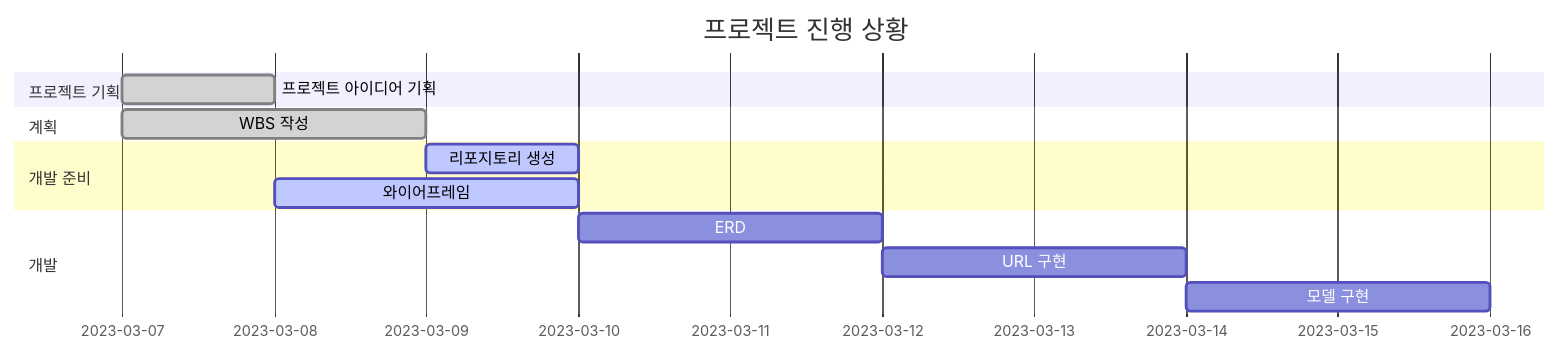
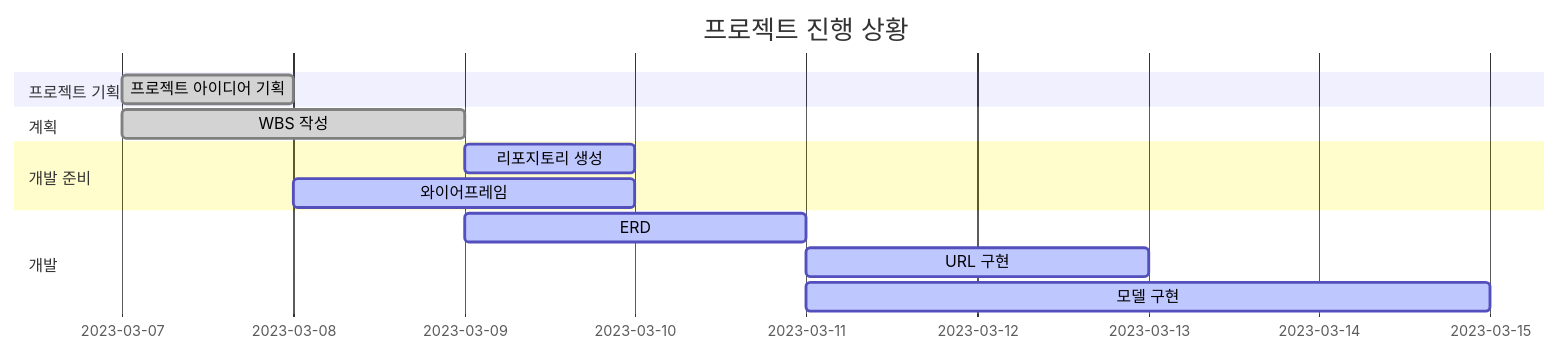
Before and after one commit to YooJi3un/Booklog: the diagram in README.md, drawn with Mermaid.

````diff
--- a/README.md
+++ b/README.md
@@ -23,21 +23,21 @@
 ```mermaid
 gantt
     dateFormat  YYYY-MM-DD
     title 프로젝트 진행 상황
 
     section 프로젝트 기획
     프로젝트 아이디어 기획    :done,    des1, 2023-03-07, 1d
     
     section 계획
     WBS 작성   :done,    des2, 2023-03-07, 2d
     
     section 개발 준비
     리포지토리 생성 :active,  des3, 2023-03-09, 1d
     와이어프레임      :active, des4, 2023-03-08, 2d
     
     section 개발
-    ERD          :         des5, after des4, 2d
-    URL 구현        :         des6, after des5, 2d
-    모델 구현       :         des7, after des6, 2d
+    ERD          :         active, des4, 2023-03-09, 2d
+    URL 구현        :       active, des4, 2023-03-11, 2d
+    모델 구현       :       active, des4, 2023-03-11, 4d
 
 ```
````
